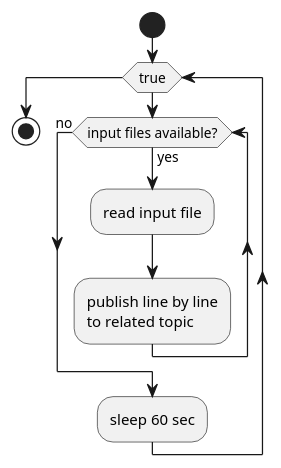
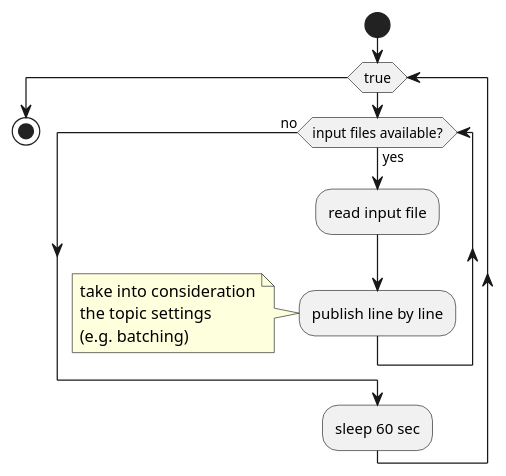
One commit to motazalratta/de-assessments changed the diagram in Phase1/ActivityDiagram.iuml. Above: the diagram before and after it, drawn with PlantUML.

```diff
--- a/Phase1/ActivityDiagram.iuml
+++ b/Phase1/ActivityDiagram.iuml
@@ -1,11 +1,16 @@
 @startuml
 start
     while (true)
         while (input files available?) is (yes)
           :read input file;
-          :publish line by line\nto related topic;
+          :publish line by line;
+note left
+take into consideration
+the topic settings 
+(e.g. batching)
+end note
         endwhile (no)
         :sleep 60 sec;
     endwhile
 stop
 @enduml
```
